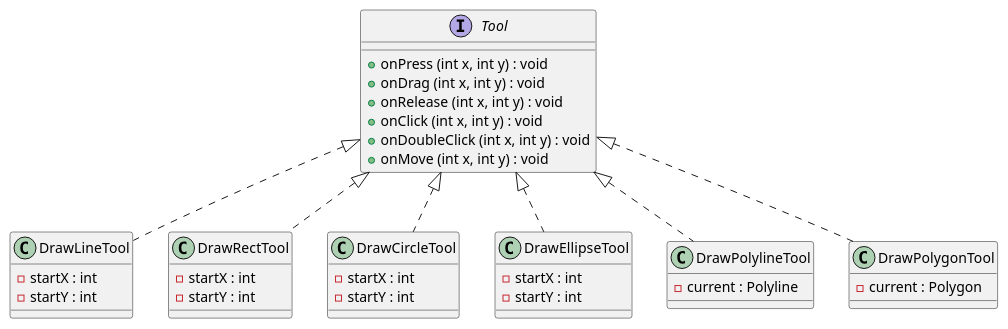
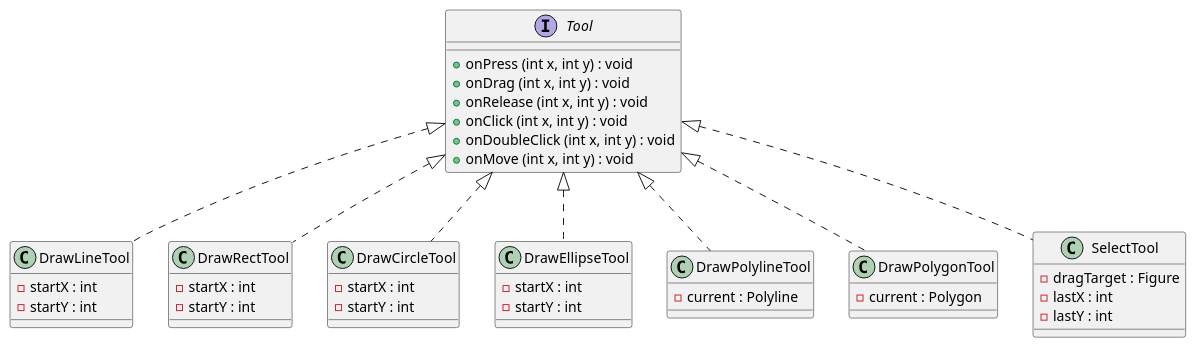
Before and after one commit to cpcp-lab/sdd-figure-editor: the third of 3 diagrams in docs/static-structure.md, drawn with PlantUML. The commit also changed other lines of this file and 23 other files, not shown here.

First line of the commit message:
Implement figure grouping, selection tool, and stroke/fill styling

````diff
--- a/docs/static-structure.md
+++ b/docs/static-structure.md
@@ -194,49 +220,56 @@
 ```plantuml
 @startuml static-structure-tools
 
 interface Tool {
     + onPress (int x, int y) : void
     + onDrag (int x, int y) : void
     + onRelease (int x, int y) : void
     + onClick (int x, int y) : void
     + onDoubleClick (int x, int y) : void
     + onMove (int x, int y) : void
 }
 
 class DrawLineTool {
     - startX : int
     - startY : int
 }
 
 class DrawRectTool {
     - startX : int
     - startY : int
 }
 
 class DrawCircleTool {
     - startX : int
     - startY : int
 }
 
 class DrawEllipseTool {
     - startX : int
     - startY : int
 }
 
 class DrawPolylineTool {
     - current : Polyline
 }
 
 class DrawPolygonTool {
     - current : Polygon
 }
 
+class SelectTool {
+    - dragTarget : Figure
+    - lastX : int
+    - lastY : int
+}
+
 Tool <|.. DrawLineTool
 Tool <|.. DrawRectTool
 Tool <|.. DrawCircleTool
 Tool <|.. DrawEllipseTool
 Tool <|.. DrawPolylineTool
 Tool <|.. DrawPolygonTool
+Tool <|.. SelectTool
 
 @enduml
 ```
````
